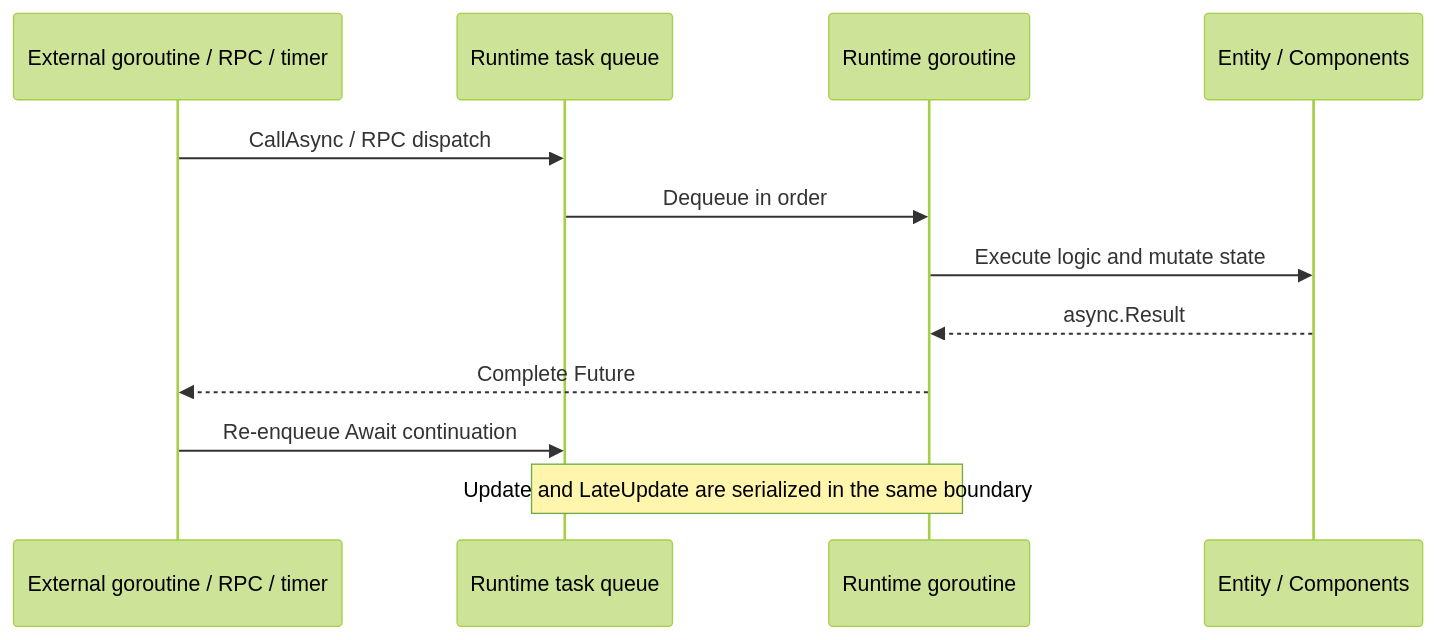
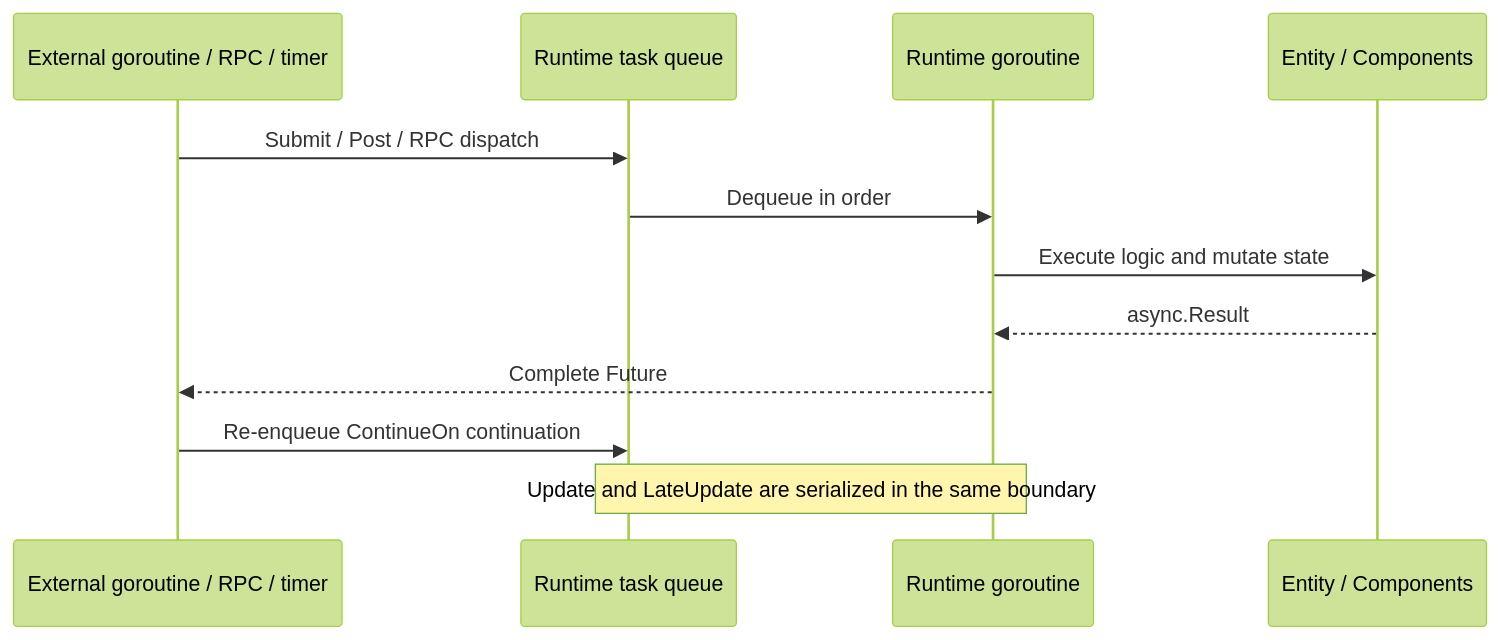
The second of 2 diagrams in README.md (pangdogs/framework), drawn with Mermaid (forest theme) before and after one commit. The commit also changed other lines of this file and 46 other files, not shown here.

````diff
--- a/README.md
+++ b/README.md
@@ -137,14 +137,14 @@
 ```mermaid
 sequenceDiagram
     participant Source as External goroutine / RPC / timer
     participant Queue as Runtime task queue
     participant RuntimeLoop as Runtime goroutine
     participant EC as Entity / Components
-    Source->>Queue: CallAsync / RPC dispatch
+    Source->>Queue: Submit / Post / RPC dispatch
     Queue->>RuntimeLoop: Dequeue in order
     RuntimeLoop->>EC: Execute logic and mutate state
     EC-->>RuntimeLoop: async.Result
     RuntimeLoop-->>Source: Complete Future
-    Source->>Queue: Re-enqueue Await continuation
+    Source->>Queue: Re-enqueue ContinueOn continuation
     Note over Queue,RuntimeLoop: Update and LateUpdate are serialized in the same boundary
 ```
````
